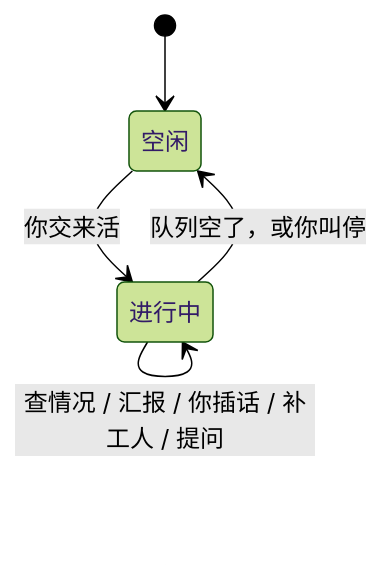
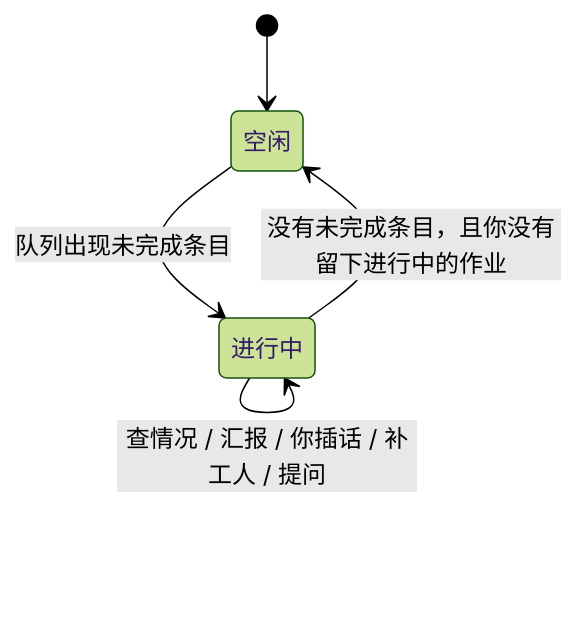
Before and after one commit to fukcrz/jarvis: the diagram in docs/bots.md, drawn with Mermaid (forest theme). The commit also changed other lines of this file, not shown here.

````diff
--- a/docs/bots.md
+++ b/docs/bots.md
@@ -73,7 +197,7 @@
 ```mermaid
 stateDiagram-v2
   [*] --> 空闲
-  空闲 --> 进行中: 你交来活
+  空闲 --> 进行中: 队列出现未完成条目
   进行中 --> 进行中: 查情况 / 汇报 / 你插话 / 补工人 / 提问
-  进行中 --> 空闲: 队列空了，或你叫停
+  进行中 --> 空闲: 没有未完成条目，且你没有留下进行中的作业
 ```
````
